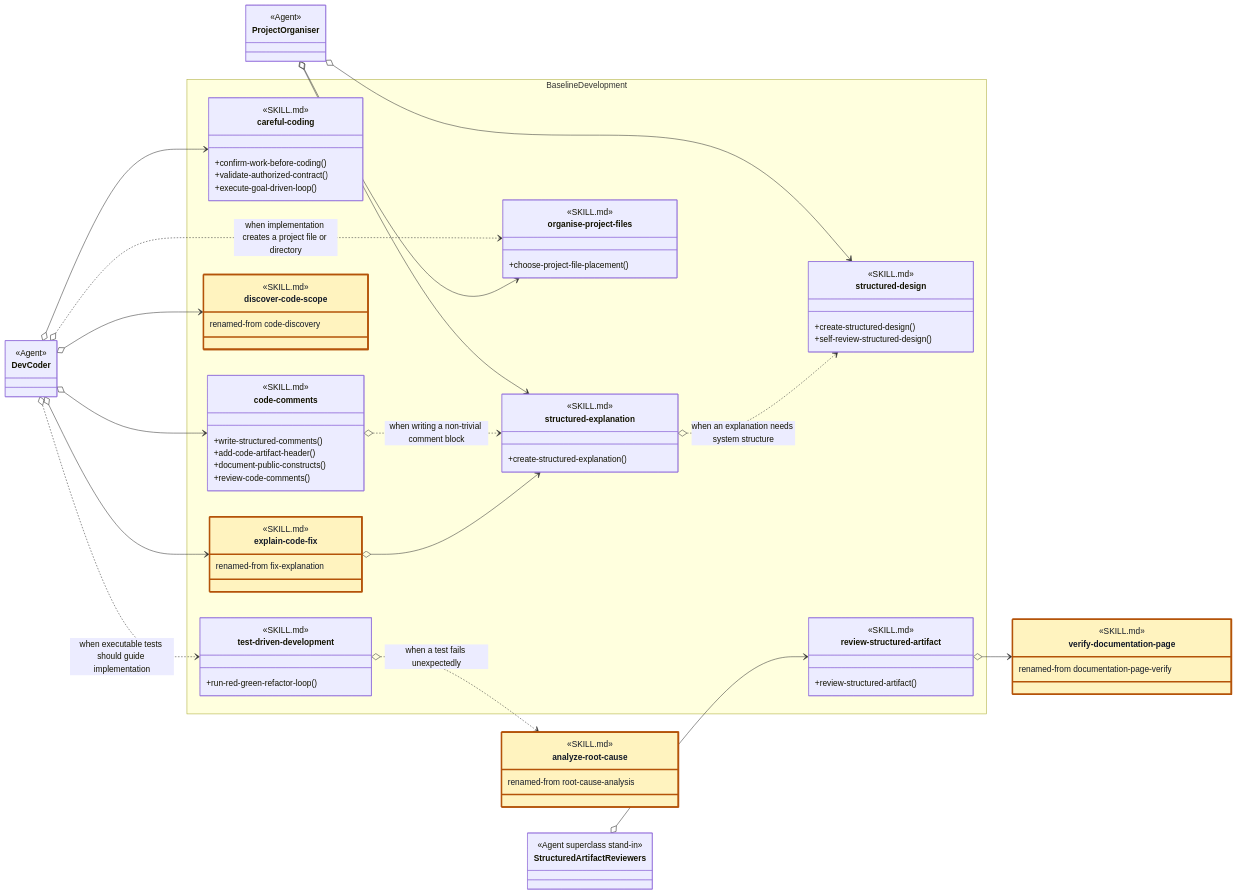
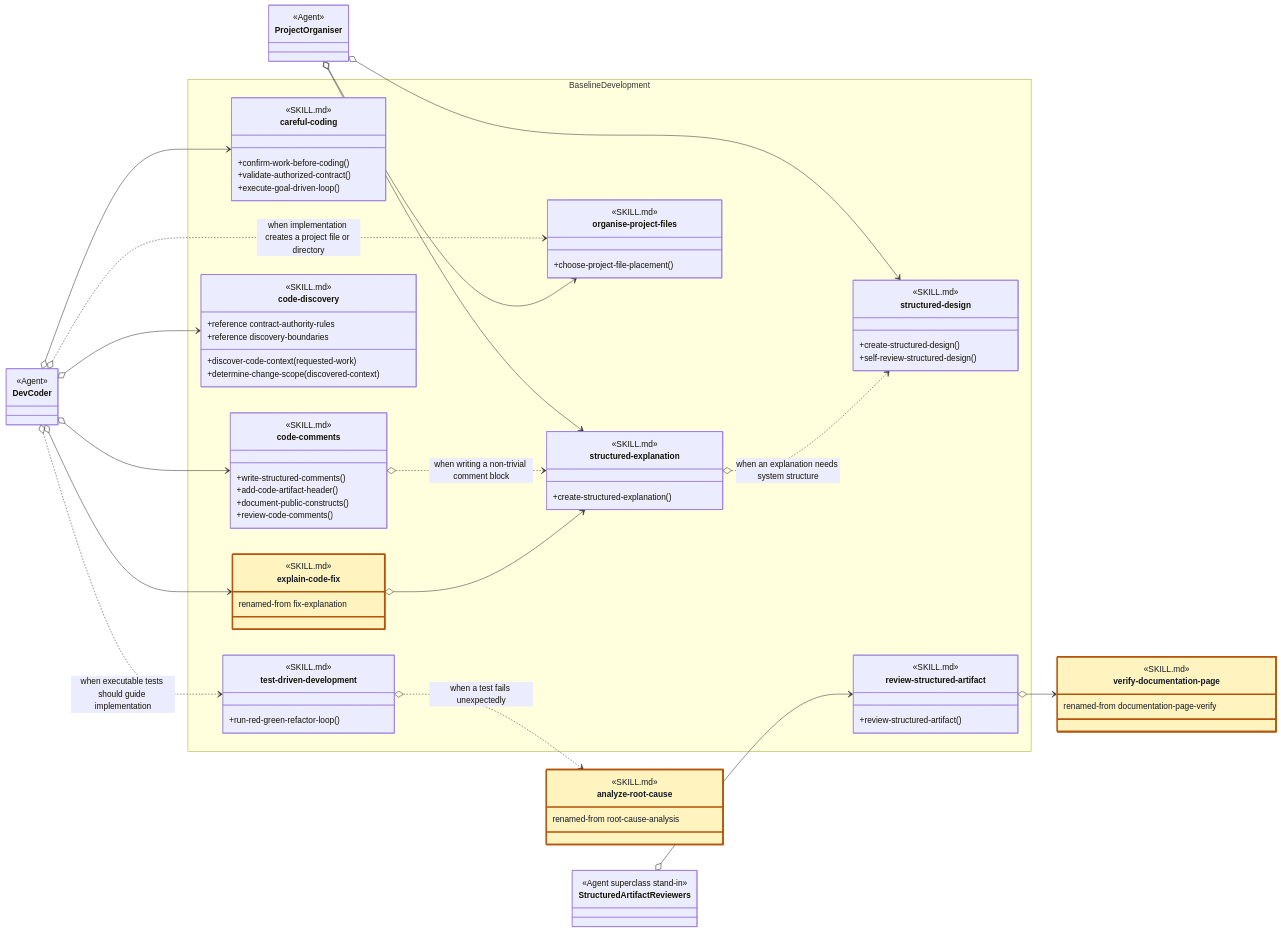
The second of 2 diagrams in design/skill-groups/baseline-development.md (martinbechard/dev-methodology), drawn with Mermaid before and after one commit. The commit also changed other lines of this file and 3 other files, not shown here.

Commit message:
docs: refine code discovery operations

```diff
--- a/design/skill-groups/baseline-development.md
+++ b/design/skill-groups/baseline-development.md
@@ -150,10 +150,13 @@
             +review-code-comments()
         }
 
-        class discover-code-scope:::renamed {
+        class code-discovery {
             <<SKILL.md>>
             <<Agent Skill>>
-            renamed-from code-discovery
+            +discover-code-context(requested-work)
+            +determine-change-scope(discovered-context)
+            +reference contract-authority-rules
+            +reference discovery-boundaries
         }
 
         class test-driven-development {
@@ -213,7 +216,7 @@
 
     DevCoder o--> careful-coding
     DevCoder o--> code-comments
-    DevCoder o--> discover-code-scope
+    DevCoder o--> code-discovery
     DevCoder o--> explain-code-fix
     DevCoder o..> organise-project-files : when implementation creates a project file or directory
     DevCoder o..> test-driven-development : when executable tests should guide implementation
```
